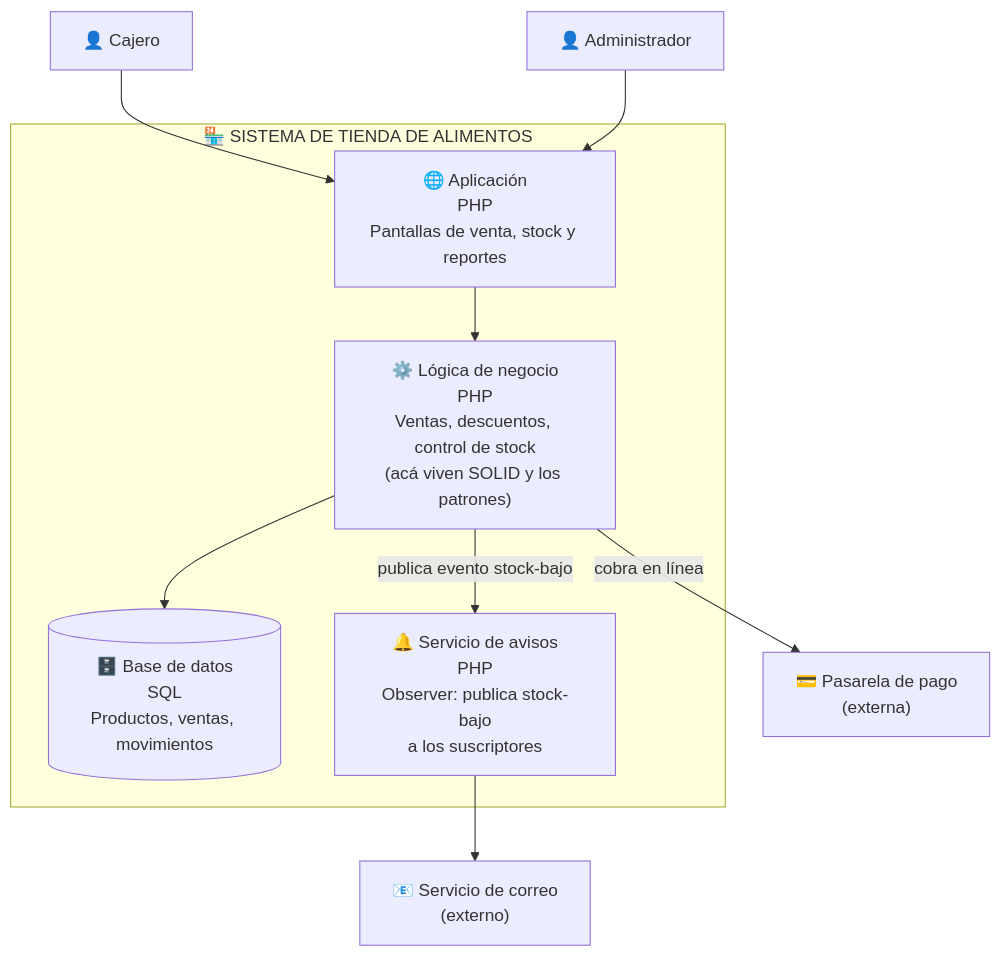
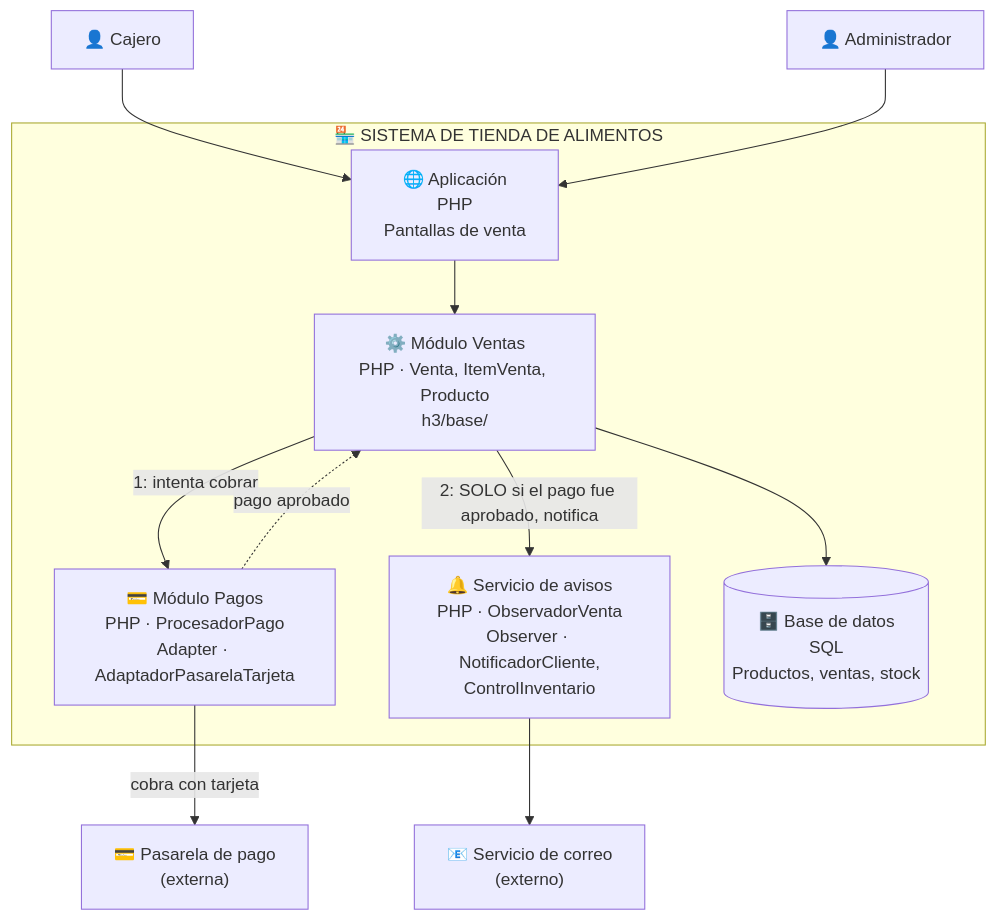
Before and after one commit to jeysonqa2001/expediente-arq-zuazo: the second of 2 diagrams in H4/Readme.md, drawn with Mermaid. The commit also changed other lines of this file and 11 other files, not shown here.

````diff
--- a/H4/Readme.md
+++ b/H4/Readme.md
@@ -35,23 +37,30 @@
 ```mermaid
 flowchart TD
     Cajero["👤 Cajero"]
     Administrador["👤 Administrador"]
 
     subgraph Sistema["🏪 SISTEMA DE TIENDA DE ALIMENTOS"]
-        App["🌐 Aplicación<br/>PHP<br/>Pantallas de venta, stock y reportes"]
-        Logica["⚙️ Lógica de negocio<br/>PHP<br/>Ventas, descuentos, control de stock<br/>(acá viven SOLID y los patrones)"]
-        BD[("🗄️ Base de datos<br/>SQL<br/>Productos, ventas, movimientos")]
-        Avisos["🔔 Servicio de avisos<br/>PHP<br/>Observer: publica stock-bajo<br/>a los suscriptores"]
+        App["🌐 Aplicación<br/>PHP<br/>Pantallas de venta"]
+
+        Ventas["⚙️ Módulo Ventas<br/>PHP · Venta, ItemVenta, Producto<br/>h3/base/"]
+
+        Pagos["💳 Módulo Pagos<br/>PHP · ProcesadorPago<br/>Adapter · AdaptadorPasarelaTarjeta"]
+
+        Avisos["🔔 Servicio de avisos<br/>PHP · ObservadorVenta<br/>Observer · NotificadorCliente,<br/>ControlInventario"]
+
+        BD[("🗄️ Base de datos<br/>SQL<br/>Productos, ventas, stock")]
     end
 
     Pasarela["💳 Pasarela de pago<br/>(externa)"]
     Correo["📧 Servicio de correo<br/>(externo)"]
 
     Cajero --> App
     Administrador --> App
-    App --> Logica
-    Logica --> BD
-    Logica -->|publica evento stock-bajo| Avisos
-    Logica -->|cobra en línea| Pasarela
+    App --> Ventas
+    Ventas --> BD
+    Ventas -->|1: intenta cobrar| Pagos
+    Pagos -->|cobra con tarjeta| Pasarela
+    Pagos -.->|pago aprobado| Ventas
+    Ventas -->|2: SOLO si el pago fue aprobado, notifica| Avisos
     Avisos --> Correo
 ```
````
